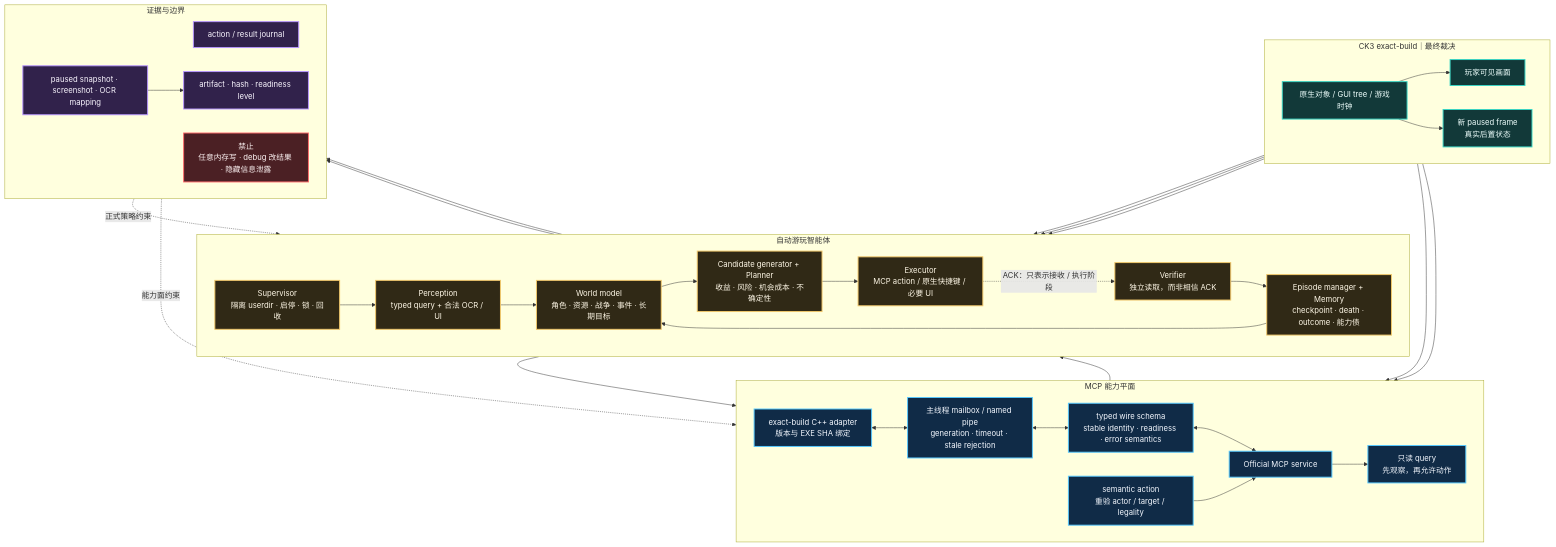
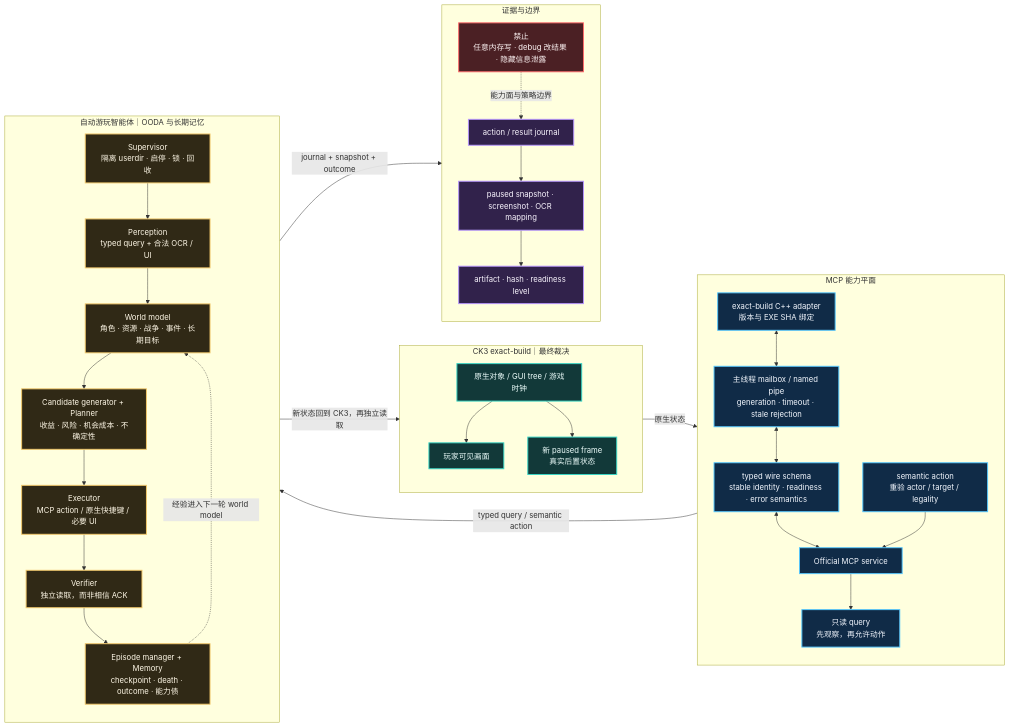
Before and after one commit to XenoAmess/ck3_eternal_recurrence: the diagram in docs/project-causality-architecture/src/06-agent-mcp-architecture.mmd, drawn with Mermaid. The commit also changed 51 other files, not shown here.

```diff
--- a/docs/project-causality-architecture/src/06-agent-mcp-architecture.mmd
+++ b/docs/project-causality-architecture/src/06-agent-mcp-architecture.mmd
@@ -1,67 +1,61 @@
-flowchart TB
+flowchart LR
     subgraph GAME["CK3 exact-build｜最终裁决"]
-      direction LR
+      direction TB
       G1["原生对象 / GUI tree / 游戏时钟"]
       G2["玩家可见画面"]
       G3["新 paused frame<br/>真实后置状态"]
       G1 --> G2
       G1 --> G3
     end
 
     subgraph CAP["MCP 能力平面"]
-      direction LR
+      direction TB
       N1["exact-build C++ adapter<br/>版本与 EXE SHA 绑定"]
       N2["主线程 mailbox / named pipe<br/>generation · timeout · stale rejection"]
       N3["typed wire schema<br/>stable identity · readiness · error semantics"]
       M1["Official MCP service"]
       Q["只读 query<br/>先观察，再允许动作"]
       A["semantic action<br/>重验 actor / target / legality"]
       N1 <--> N2 <--> N3 <--> M1
       M1 --> Q
       A --> M1
     end
 
-    subgraph AGENT["自动游玩智能体"]
-      direction LR
+    subgraph AGENT["自动游玩智能体｜OODA 与长期记忆"]
+      direction TB
       P1["Supervisor<br/>隔离 userdir · 启停 · 锁 · 回收"]
       P2["Perception<br/>typed query + 合法 OCR / UI"]
       P3["World model<br/>角色 · 资源 · 战争 · 事件 · 长期目标"]
       P4["Candidate generator + Planner<br/>收益 · 风险 · 机会成本 · 不确定性"]
       P5["Executor<br/>MCP action / 原生快捷键 / 必要 UI"]
       P6["Verifier<br/>独立读取，而非相信 ACK"]
       P7["Episode manager + Memory<br/>checkpoint · death · outcome · 能力债"]
-      P1 --> P2 --> P3 --> P4 --> P5
-      P6 --> P7 --> P3
+      P1 --> P2 --> P3 --> P4 --> P5 --> P6 --> P7
+      P7 -. "经验进入下一轮 world model" .-> P3
     end
 
     subgraph EVIDENCE["证据与边界"]
-      direction LR
+      direction TB
       E1["action / result journal"]
       E2["paused snapshot · screenshot · OCR mapping"]
       E3["artifact · hash · readiness level"]
       E4["禁止<br/>任意内存写 · debug 改结果 · 隐藏信息泄露"]
+      E1 --> E2 --> E3
+      E4 -. "能力面与策略边界" .-> E1
     end
 
-    G1 --> N1
-    Q --> P2
-    P5 --> A
-    G3 --> Q
-    G2 --> P2
-    G3 --> P6
-    G2 --> P6
-    P5 -. "ACK：只表示接收 / 执行阶段" .-> P6
-    P5 --> E1
-    P6 --> E2 --> E3
-    E4 -. "能力面约束" .-> N1
-    E4 -. "正式策略约束" .-> P4
+    GAME -- "原生状态" --> CAP
+    CAP -- "typed query / semantic action" --> AGENT
+    AGENT -- "新状态回到 CK3，再独立读取" --> GAME
+    AGENT -- "journal + snapshot + outcome" --> EVIDENCE
 
     class G1,G2,G3 game;
     class N1,N2,N3,M1,Q,A cap;
     class P1,P2,P3,P4,P5,P6,P7 agent;
     class E1,E2,E3 evidence;
     class E4 forbidden;
     classDef game fill:#123939,stroke:#38d6c5,color:#effffd,stroke-width:2px;
     classDef cap fill:#102b47,stroke:#55c8ff,color:#f4f8ff,stroke-width:2px;
     classDef agent fill:#302916,stroke:#f3c96b,color:#fff8e7,stroke-width:2px;
     classDef evidence fill:#31224b,stroke:#b796ff,color:#faf6ff,stroke-width:2px;
     classDef forbidden fill:#4b2024,stroke:#ff6b6b,color:#fff5f5,stroke-width:2px;
```
